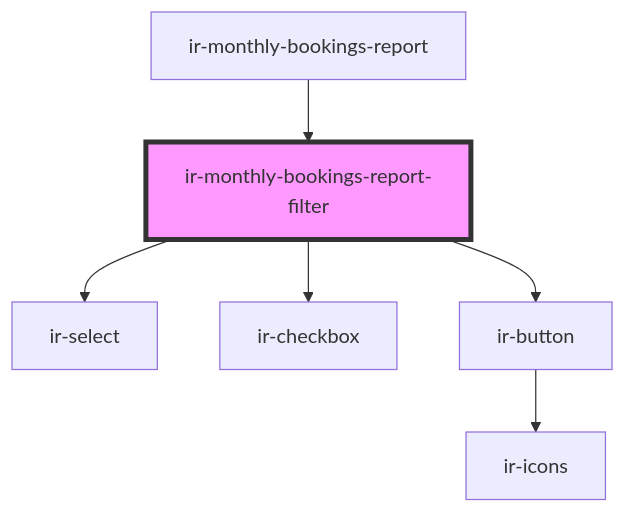
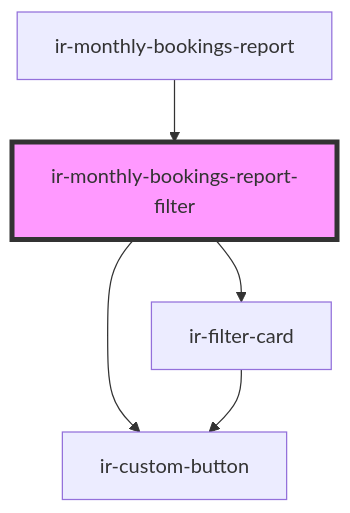
One commit to RonyRizk/ir-webcmp changed the diagram in src/components/ir-monthly-bookings-report/ir-monthly-bookings-report-filter/readme.md. Above: the diagram before and after it, drawn with Mermaid. The commit also changed other lines of this file and 508 other files, not shown here.

````diff
--- a/src/components/ir-monthly-bookings-report/ir-monthly-bookings-report-filter/readme.md
+++ b/src/components/ir-monthly-bookings-report/ir-monthly-bookings-report-filter/readme.md
@@ -36,9 +35,8 @@
 ```mermaid
 graph TD;
-  ir-monthly-bookings-report-filter --> ir-select
-  ir-monthly-bookings-report-filter --> ir-checkbox
-  ir-monthly-bookings-report-filter --> ir-button
-  ir-button --> ir-icons
+  ir-monthly-bookings-report-filter --> ir-filter-card
+  ir-monthly-bookings-report-filter --> ir-custom-button
+  ir-filter-card --> ir-custom-button
   ir-monthly-bookings-report --> ir-monthly-bookings-report-filter
   style ir-monthly-bookings-report-filter fill:#f9f,stroke:#333,stroke-width:4px
 ```
````
